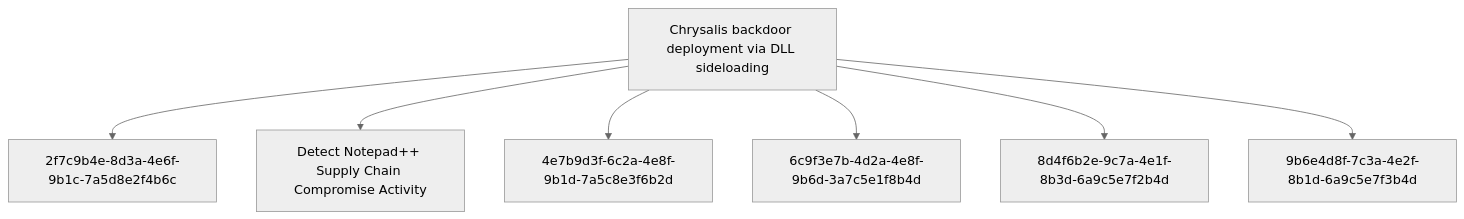
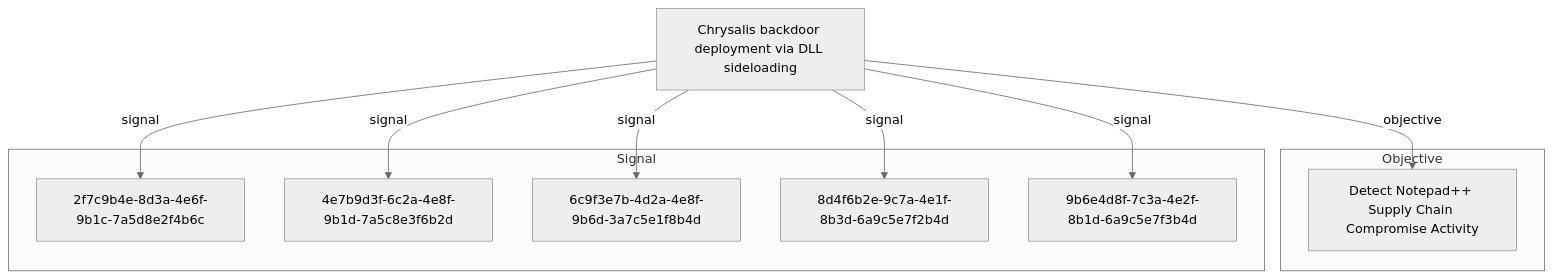
The second of 2 diagrams in docs/threats/chrysalis-backdoor-deployment-via-dll-sideloading.md (opentidehq/library), drawn with Mermaid (neutral theme) before and after one commit. The commit also changed other lines of this file and 277 other files, not shown here.

````diff
--- a/docs/threats/chrysalis-backdoor-deployment-via-dll-sideloading.md
+++ b/docs/threats/chrysalis-backdoor-deployment-via-dll-sideloading.md
@@ -305,16 +346,20 @@
 ```mermaid
 flowchart TB
-bc95c747_ede2_4c16_a6b4_506b305e744a["Chrysalis backdoor deployment via DLL sideloading"]
+subgraph "Objective"
+3e8b5d7f_9c2a_4f6e_8b1d_7a4c9e3f6b2d["Detect Notepad++ Supply Chain Compromise Activity"]
+end
+subgraph "Signal"
 2f7c9b4e_8d3a_4e6f_9b1c_7a5d8e2f4b6c["2f7c9b4e-8d3a-4e6f-9b1c-7a5d8e2f4b6c"]
-3e8b5d7f_9c2a_4f6e_8b1d_7a4c9e3f6b2d["Detect Notepad++ Supply Chain Compromise Activity"]
 4e7b9d3f_6c2a_4e8f_9b1d_7a5c8e3f6b2d["4e7b9d3f-6c2a-4e8f-9b1d-7a5c8e3f6b2d"]
 6c9f3e7b_4d2a_4e8f_9b6d_3a7c5e1f8b4d["6c9f3e7b-4d2a-4e8f-9b6d-3a7c5e1f8b4d"]
 8d4f6b2e_9c7a_4e1f_8b3d_6a9c5e7f2b4d["8d4f6b2e-9c7a-4e1f-8b3d-6a9c5e7f2b4d"]
 9b6e4d8f_7c3a_4e2f_8b1d_6a9c5e7f3b4d["9b6e4d8f-7c3a-4e2f-8b1d-6a9c5e7f3b4d"]
-bc95c747_ede2_4c16_a6b4_506b305e744a --> 2f7c9b4e_8d3a_4e6f_9b1c_7a5d8e2f4b6c
-bc95c747_ede2_4c16_a6b4_506b305e744a --> 3e8b5d7f_9c2a_4f6e_8b1d_7a4c9e3f6b2d
-bc95c747_ede2_4c16_a6b4_506b305e744a --> 4e7b9d3f_6c2a_4e8f_9b1d_7a5c8e3f6b2d
-bc95c747_ede2_4c16_a6b4_506b305e744a --> 6c9f3e7b_4d2a_4e8f_9b6d_3a7c5e1f8b4d
-bc95c747_ede2_4c16_a6b4_506b305e744a --> 8d4f6b2e_9c7a_4e1f_8b3d_6a9c5e7f2b4d
-bc95c747_ede2_4c16_a6b4_506b305e744a --> 9b6e4d8f_7c3a_4e2f_8b1d_6a9c5e7f3b4d
+end
+bc95c747_ede2_4c16_a6b4_506b305e744a["Chrysalis backdoor deployment via DLL sideloading"]
+bc95c747_ede2_4c16_a6b4_506b305e744a -->|objective| 3e8b5d7f_9c2a_4f6e_8b1d_7a4c9e3f6b2d
+bc95c747_ede2_4c16_a6b4_506b305e744a -->|signal| 2f7c9b4e_8d3a_4e6f_9b1c_7a5d8e2f4b6c
+bc95c747_ede2_4c16_a6b4_506b305e744a -->|signal| 4e7b9d3f_6c2a_4e8f_9b1d_7a5c8e3f6b2d
+bc95c747_ede2_4c16_a6b4_506b305e744a -->|signal| 6c9f3e7b_4d2a_4e8f_9b6d_3a7c5e1f8b4d
+bc95c747_ede2_4c16_a6b4_506b305e744a -->|signal| 8d4f6b2e_9c7a_4e1f_8b3d_6a9c5e7f2b4d
+bc95c747_ede2_4c16_a6b4_506b305e744a -->|signal| 9b6e4d8f_7c3a_4e2f_8b1d_6a9c5e7f3b4d
 ```
````
